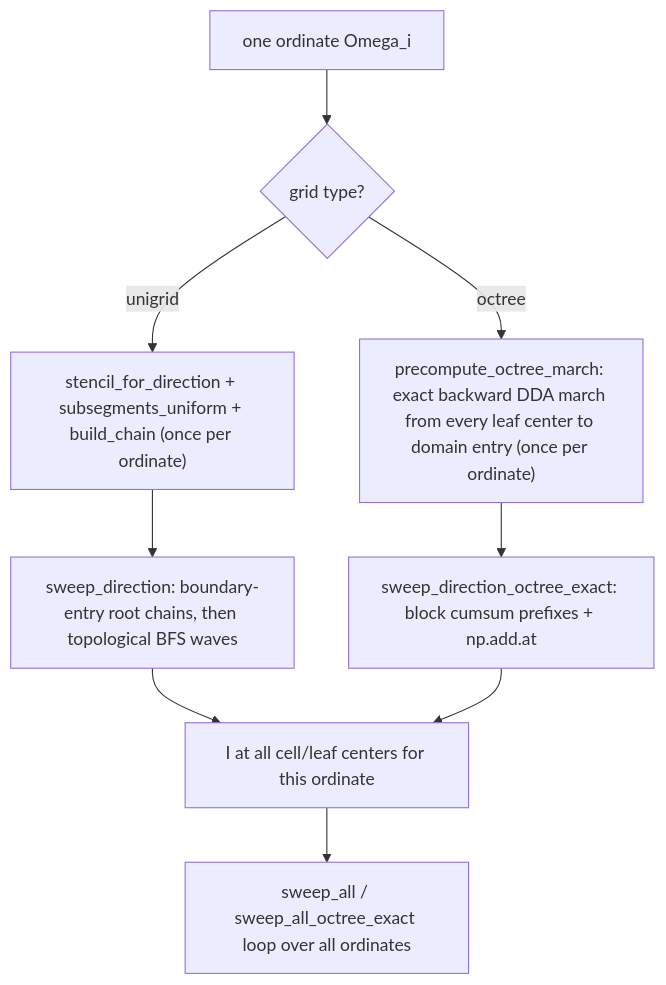
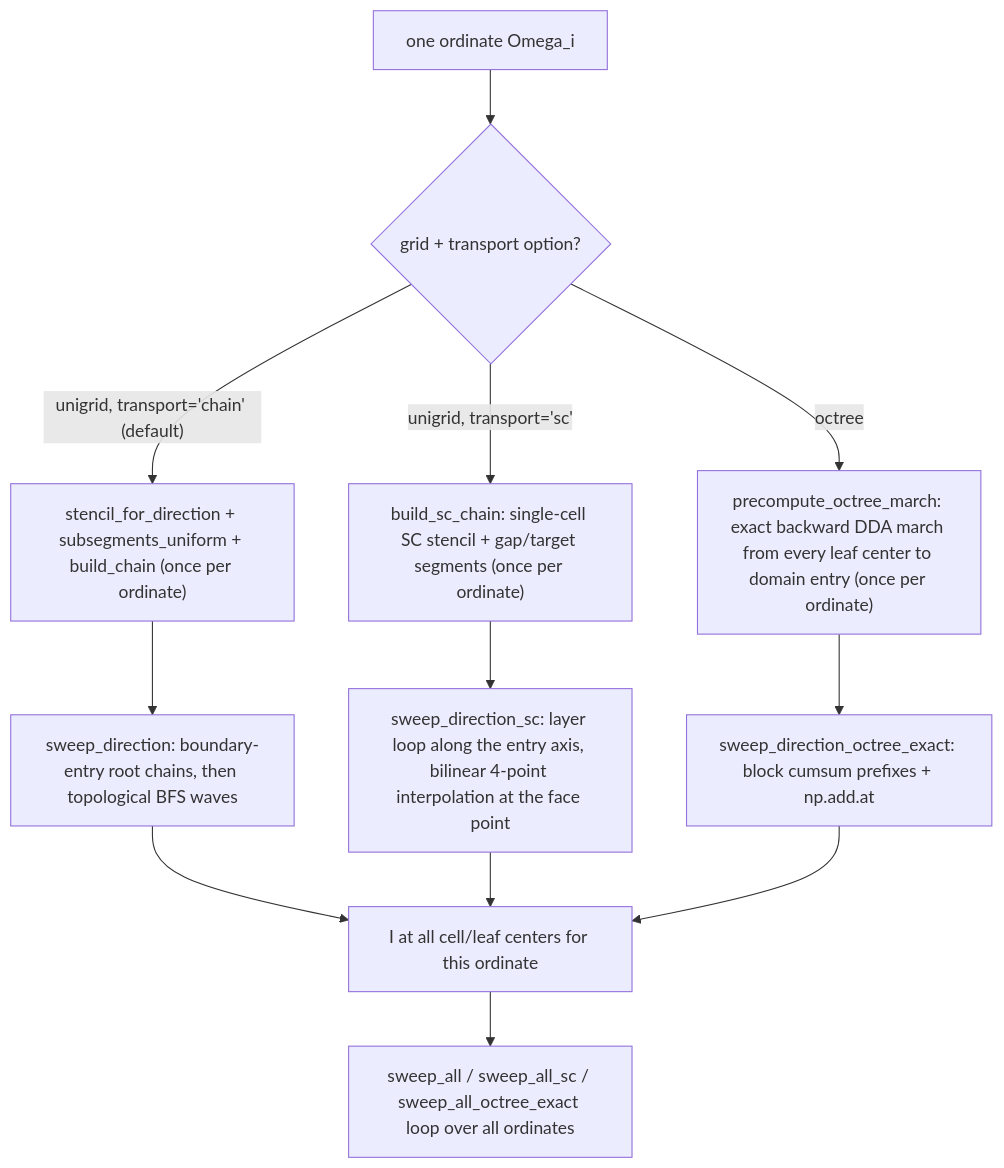
Before and after one commit to m-brath/3d_rt: the second of 6 diagrams in MANUAL.md, drawn with Mermaid. The commit also changed other lines of this file and 7 other files, not shown here.

````diff
--- a/MANUAL.md
+++ b/MANUAL.md
@@ -316,11 +347,14 @@
 ```mermaid
 flowchart TD
-    A["one ordinate Omega_i"] --> B{"grid type?"}
-    B -->|"unigrid"| C["stencil_for_direction + subsegments_uniform + build_chain (once per ordinate)"]
+    A["one ordinate Omega_i"] --> B{"grid + transport option?"}
+    B -->|"unigrid, transport='chain' (default)"| C["stencil_for_direction + subsegments_uniform + build_chain (once per ordinate)"]
+    B -->|"unigrid, transport='sc'"| K["build_sc_chain: single-cell SC stencil + gap/target segments (once per ordinate)"]
     B -->|"octree"| D["precompute_octree_march: exact backward DDA march from every leaf center to domain entry (once per ordinate)"]
     C --> E["sweep_direction: boundary-entry root chains, then topological BFS waves"]
+    K --> L["sweep_direction_sc: layer loop along the entry axis, bilinear 4-point interpolation at the face point"]
     D --> F["sweep_direction_octree_exact: block cumsum prefixes + np.add.at"]
     E --> G["I at all cell/leaf centers for this ordinate"]
+    L --> G
     F --> G
-    G --> H["sweep_all / sweep_all_octree_exact loop over all ordinates"]
+    G --> H["sweep_all / sweep_all_sc / sweep_all_octree_exact loop over all ordinates"]
 ```
````
